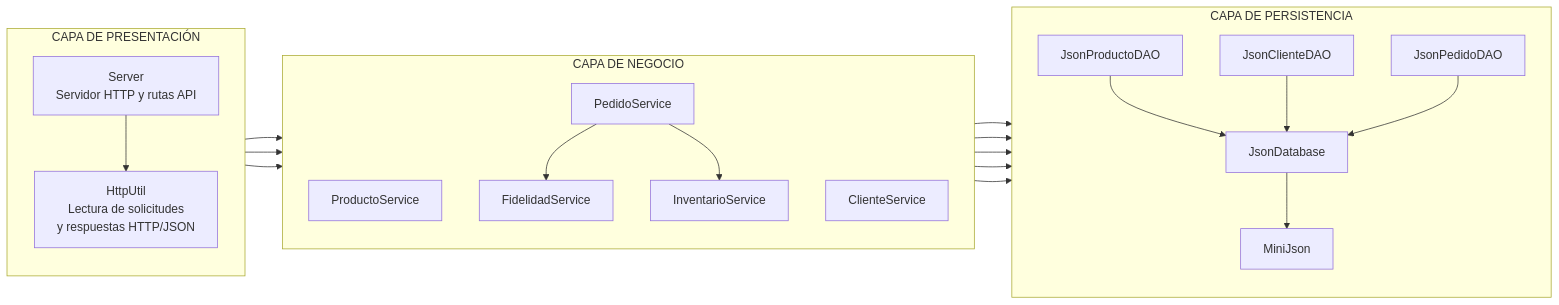
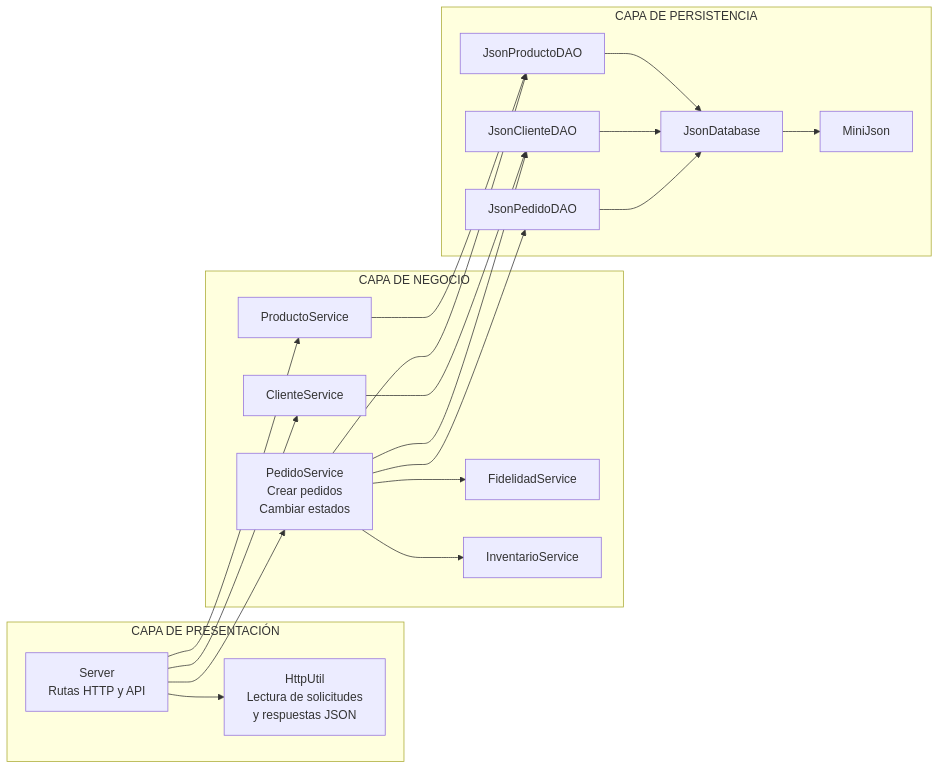
The diagram in docs/diagramas-c4/c3-componentes.mmd (alejoms13/Taller-Modelo-N-Tier), drawn with Mermaid before and after one commit.

```diff
--- a/docs/diagramas-c4/c3-componentes.mmd
+++ b/docs/diagramas-c4/c3-componentes.mmd
@@ -1,42 +1,40 @@
 flowchart LR
     subgraph P["CAPA DE PRESENTACIÓN"]
-        direction TB
-        Server["Server<br/>Servidor HTTP y rutas API"]
-        HU["HttpUtil<br/>Lectura de solicitudes<br/>y respuestas HTTP/JSON"]
+        Server["Server<br/>Rutas HTTP y API"]
+        HU["HttpUtil<br/>Lectura de solicitudes<br/>y respuestas JSON"]
         Server --> HU
     end
 
     subgraph N["CAPA DE NEGOCIO"]
-        direction TB
         PS["ProductoService"]
         CS["ClienteService"]
-        OS["PedidoService"]
+        OS["PedidoService<br/>Crear pedidos<br/>Cambiar estados"]
         FS["FidelidadService"]
         IS["InventarioService"]
     end
 
     subgraph D["CAPA DE PERSISTENCIA"]
-        direction TB
         PDA["JsonProductoDAO"]
         CDA["JsonClienteDAO"]
         ODA["JsonPedidoDAO"]
         DB["JsonDatabase"]
         MJ["MiniJson"]
-        PDA --> DB
-        CDA --> DB
-        ODA --> DB
-        DB --> MJ
     end
 
     Server --> PS
     Server --> CS
     Server --> OS
 
     PS --> PDA
     CS --> CDA
 
     OS --> PDA
     OS --> CDA
     OS --> ODA
     OS --> FS
     OS --> IS
+
+    PDA --> DB
+    CDA --> DB
+    ODA --> DB
+    DB --> MJ
```
